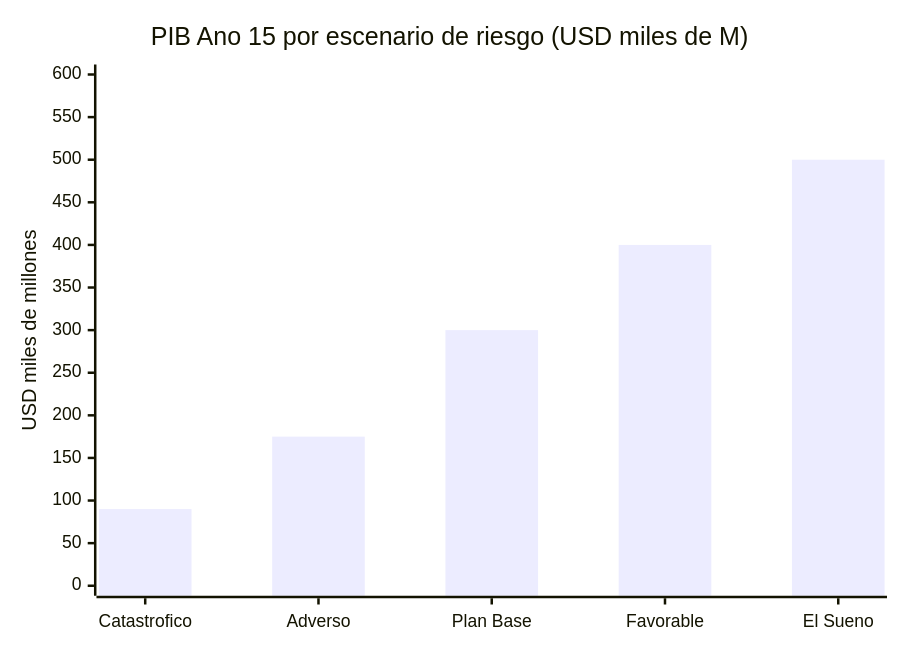
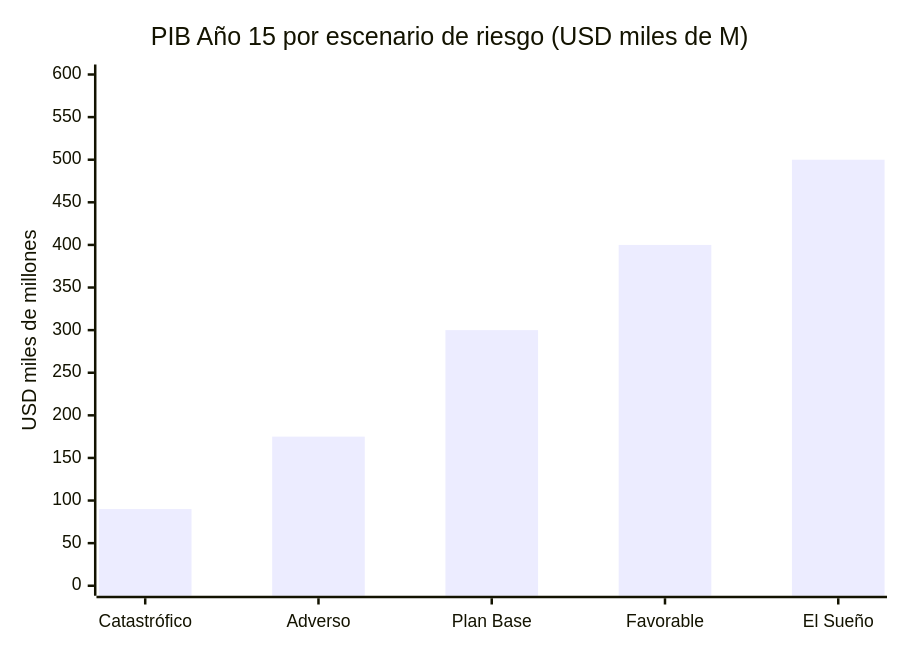
The first of 5 diagrams in docs/07-ejecucion/riesgos.md (Venezuela-S-A/venezuela-sa), drawn with Mermaid before and after one commit. The commit also changed other lines of this file and 127 other files, not shown here.

````diff
--- a/docs/07-ejecucion/riesgos.md
+++ b/docs/07-ejecucion/riesgos.md
@@ -119,7 +119,7 @@
 ```mermaid
 xychart-beta
-    title "PIB Ano 15 por escenario de riesgo (USD miles de M)"
-    x-axis ["Catastrofico", "Adverso", "Plan Base", "Favorable", "El Sueno"]
+    title "PIB Año 15 por escenario de riesgo (USD miles de M)"
+    x-axis ["Catastrófico", "Adverso", "Plan Base", "Favorable", "El Sueño"]
     y-axis "USD miles de millones" 0 --> 600
     bar [90, 175, 300, 400, 500]
 ```
````
